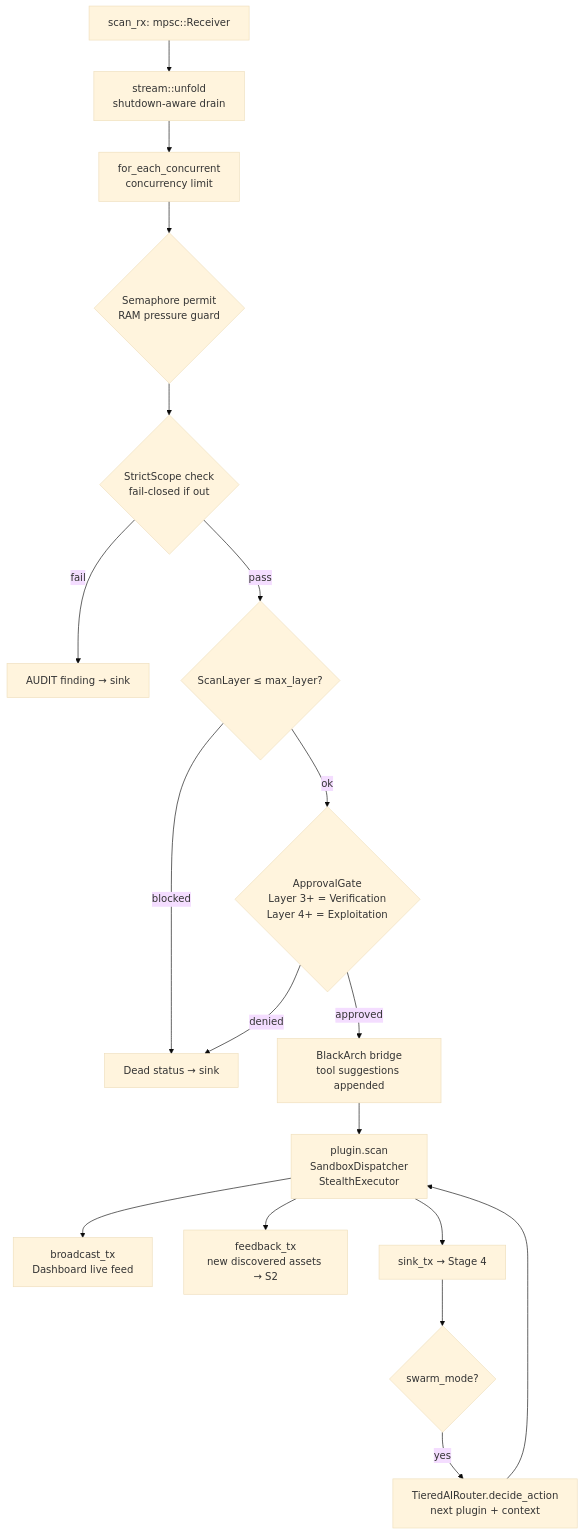
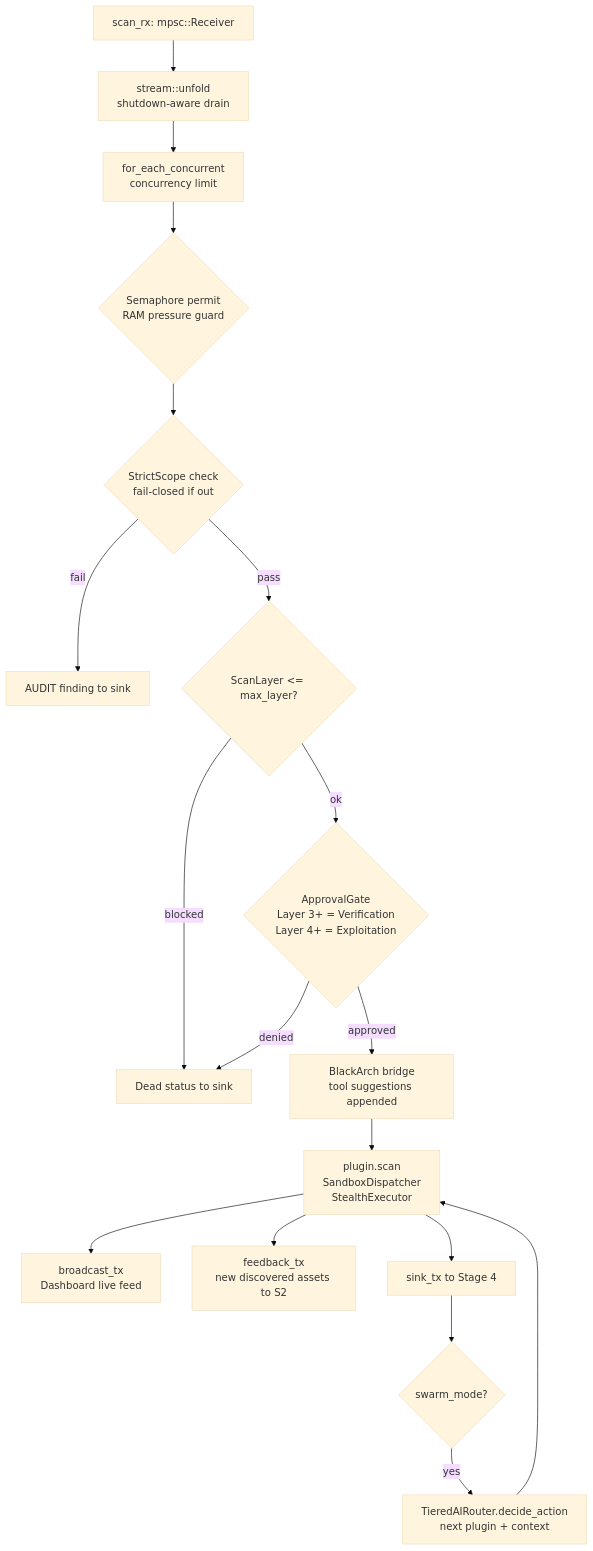
One commit to kripiman/OsintUltimate changed the fifth of 9 diagrams in redteam_rust_core/DOCS/ARCHITECTURE.md. Above: the diagram before and after it, drawn with Mermaid (base theme). The commit also changed other lines of this file and 38 other files, not shown here.

Commit message:
feat: implement temporal diff engine for finding tracking and add authentication state machine to exploitation module

````diff
--- a/redteam_rust_core/DOCS/ARCHITECTURE.md
+++ b/redteam_rust_core/DOCS/ARCHITECTURE.md
@@ -123,21 +123,21 @@
 ```mermaid
 flowchart TD
-    IN[scan_rx: mpsc::Receiver] --> UNFOLD[stream::unfold\nshutdown-aware drain]
-    UNFOLD --> FOR[for_each_concurrent\nconcurrency limit]
-    FOR --> MEM{Semaphore permit\nRAM pressure guard}
-    MEM --> SCOPE{StrictScope check\nfail-closed if out}
-    SCOPE -- fail --> AUDIT[AUDIT finding → sink]
-    SCOPE -- pass --> LAYER{ScanLayer ≤ max_layer?}
-    LAYER -- blocked --> DEAD[Dead status → sink]
-    LAYER -- ok --> GATE{ApprovalGate\nLayer 3+ = Verification\nLayer 4+ = Exploitation}
+    IN["scan_rx: mpsc::Receiver"] --> UNFOLD["stream::unfold<br/>shutdown-aware drain"]
+    UNFOLD --> FOR["for_each_concurrent<br/>concurrency limit"]
+    FOR --> MEM{"Semaphore permit<br/>RAM pressure guard"}
+    MEM --> SCOPE{"StrictScope check<br/>fail-closed if out"}
+    SCOPE -- fail --> AUDIT["AUDIT finding to sink"]
+    SCOPE -- pass --> LAYER{"ScanLayer <= max_layer?"}
+    LAYER -- blocked --> DEAD["Dead status to sink"]
+    LAYER -- ok --> GATE{"ApprovalGate<br/>Layer 3+ = Verification<br/>Layer 4+ = Exploitation"}
     GATE -- denied --> DEAD
-    GATE -- approved --> BA[BlackArch bridge\ntool suggestions appended]
-    BA --> RUN[plugin.scan\nSandboxDispatcher\nStealthExecutor]
-    RUN --> DASH[broadcast_tx\nDashboard live feed]
-    RUN --> FEED[feedback_tx\nnew discovered assets → S2]
-    RUN --> OUT[sink_tx → Stage 4]
+    GATE -- approved --> BA["BlackArch bridge<br/>tool suggestions appended"]
+    BA --> RUN["plugin.scan<br/>SandboxDispatcher<br/>StealthExecutor"]
+    RUN --> DASH["broadcast_tx<br/>Dashboard live feed"]
+    RUN --> FEED["feedback_tx<br/>new discovered assets to S2"]
+    RUN --> OUT["sink_tx to Stage 4"]
 
-    SWARM{swarm_mode?} -- yes --> AROUTER[TieredAIRouter.decide_action\nnext plugin + context]
+    SWARM{"swarm_mode?"} -- yes --> AROUTER["TieredAIRouter.decide_action<br/>next plugin + context"]
     AROUTER --> RUN
     OUT --> SWARM
 ```
````
